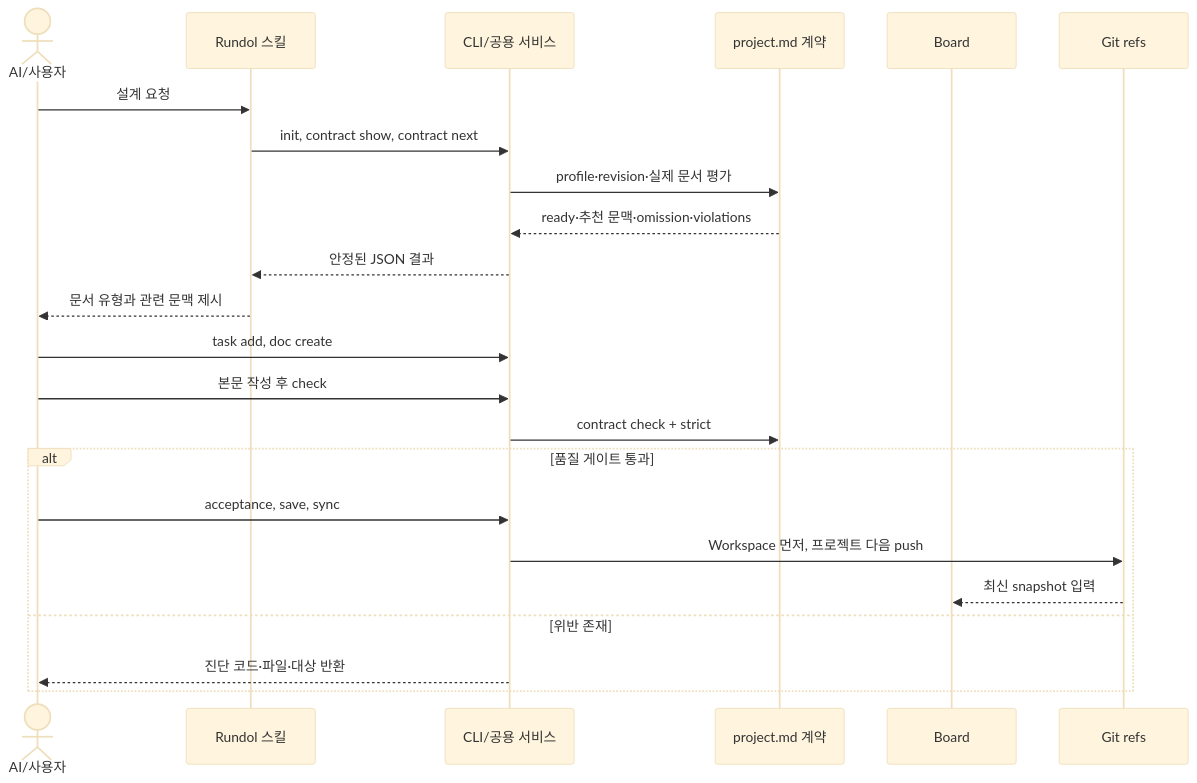
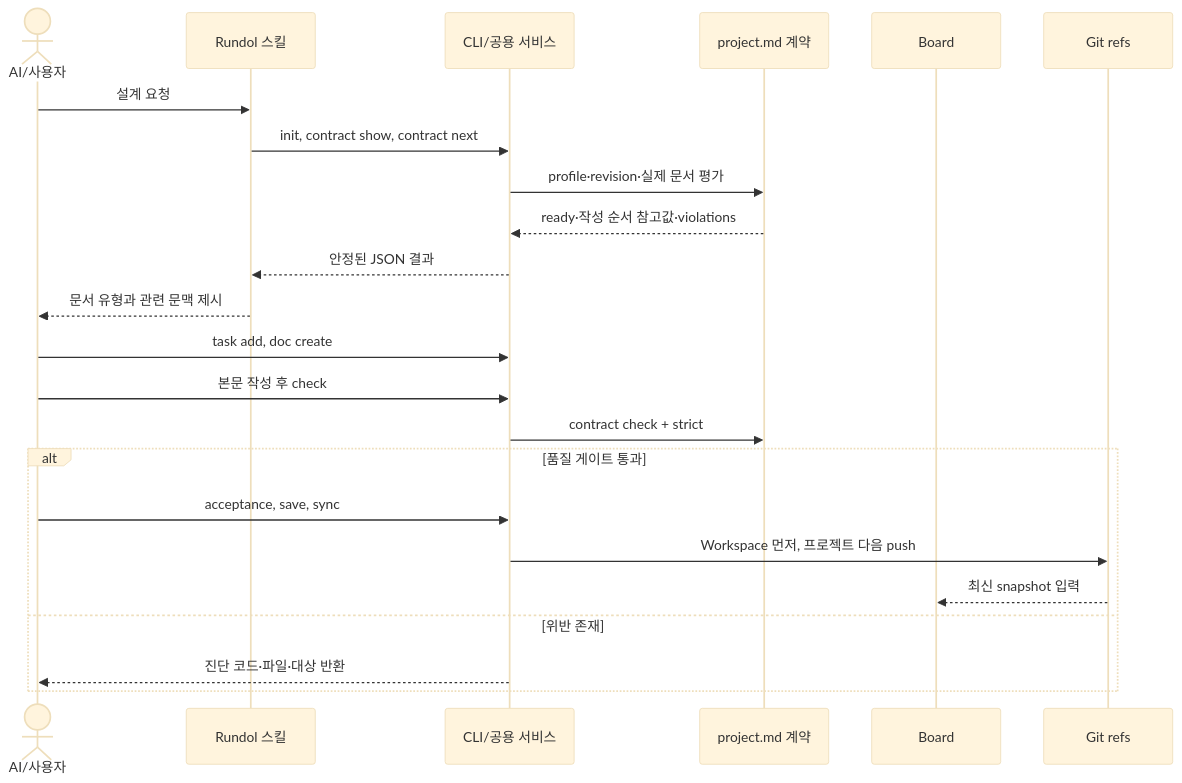
One commit to runtime-co-kr/rundol changed the third of 4 diagrams in docs/requirements/REQ-012-명령줄-AI-스킬-보드-통합-규격.md. Above: the diagram before and after it, drawn with Mermaid (base theme). The commit also changed other lines of this file and 5 other files, not shown here.

````diff
--- a/docs/requirements/REQ-012-명령줄-AI-스킬-보드-통합-규격.md
+++ b/docs/requirements/REQ-012-명령줄-AI-스킬-보드-통합-규격.md
@@ -145,25 +145,25 @@
 ```mermaid
 sequenceDiagram
     actor AI as AI/사용자
     participant S as Rundol 스킬
     participant C as CLI/공용 서비스
     participant P as project.md 계약
     participant B as Board
     participant G as Git refs
     AI->>S: 설계 요청
     S->>C: init, contract show, contract next
     C->>P: profile·revision·실제 문서 평가
-    P-->>C: ready·추천 문맥·omission·violations
+    P-->>C: ready·작성 순서 참고값·violations
     C-->>S: 안정된 JSON 결과
     S-->>AI: 문서 유형과 관련 문맥 제시
     AI->>C: task add, doc create
     AI->>C: 본문 작성 후 check
     C->>P: contract check + strict
     alt 품질 게이트 통과
         AI->>C: acceptance, save, sync
         C->>G: Workspace 먼저, 프로젝트 다음 push
         G-->>B: 최신 snapshot 입력
     else 위반 존재
         C-->>AI: 진단 코드·파일·대상 반환
     end
 ```
````
